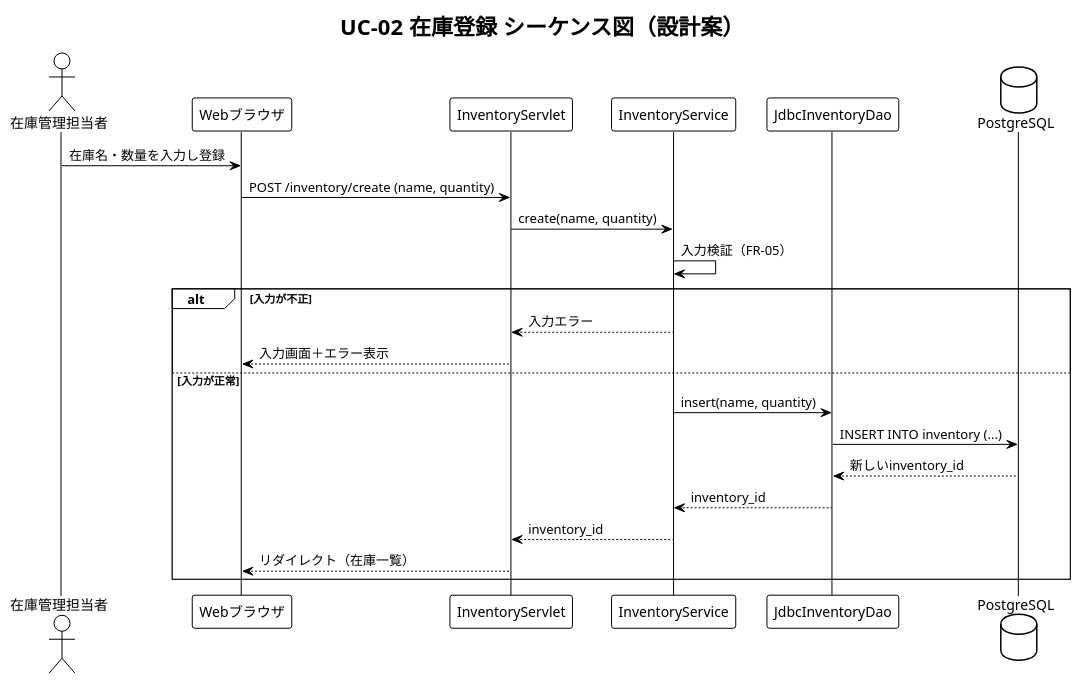
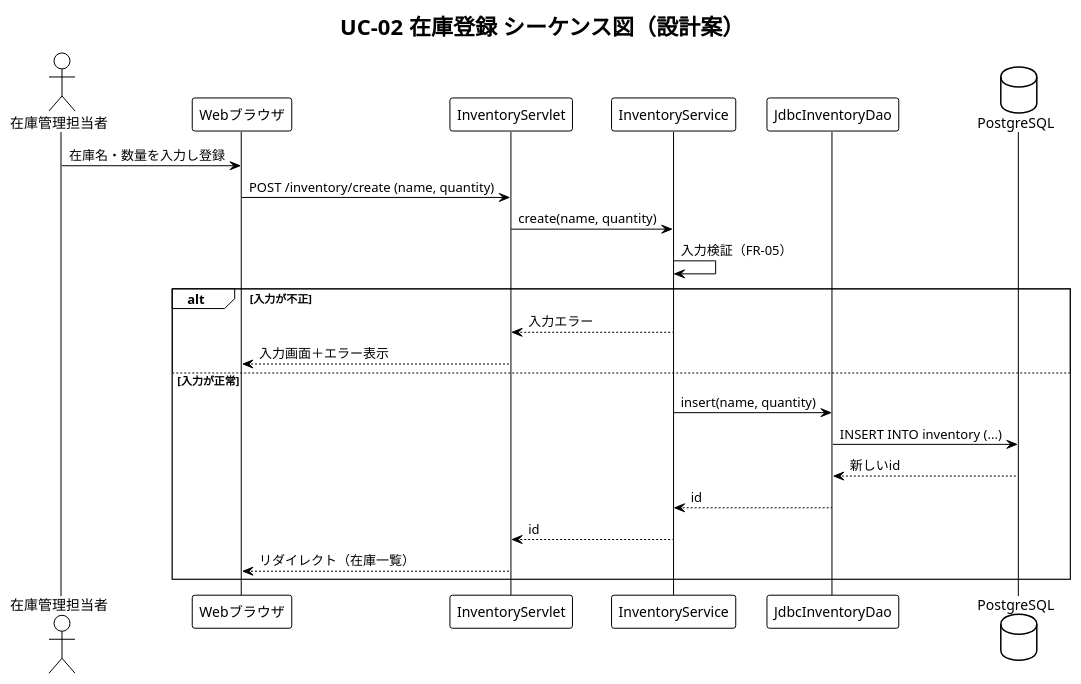
The diagram in docs/internal-design/diagrams/sequence-create.puml (polyfortrain/inventory-app), drawn with PlantUML before and after one commit. The commit also changed 9 other files, not shown here.

```diff
--- a/docs/internal-design/diagrams/sequence-create.puml
+++ b/docs/internal-design/diagrams/sequence-create.puml
@@ -1,25 +1,25 @@
 @startuml
 !theme plain
 title UC-02 在庫登録 シーケンス図（設計案）
 actor "在庫管理担当者" as User
 participant "Webブラウザ" as Browser
 participant InventoryServlet as Servlet
 participant InventoryService as Service
 participant "JdbcInventoryDao" as Dao
 database PostgreSQL as DB
 User -> Browser: 在庫名・数量を入力し登録
 Browser -> Servlet: POST /inventory/create (name, quantity)
 Servlet -> Service: create(name, quantity)
 Service -> Service: 入力検証（FR-05）
 alt 入力が不正
   Service --> Servlet: 入力エラー
   Servlet --> Browser: 入力画面＋エラー表示
 else 入力が正常
   Service -> Dao: insert(name, quantity)
   Dao -> DB: INSERT INTO inventory (...)
-  DB --> Dao: 新しいinventory_id
-  Dao --> Service: inventory_id
-  Service --> Servlet: inventory_id
+  DB --> Dao: 新しいid
+  Dao --> Service: id
+  Service --> Servlet: id
   Servlet --> Browser: リダイレクト（在庫一覧）
 end
 @enduml
```
